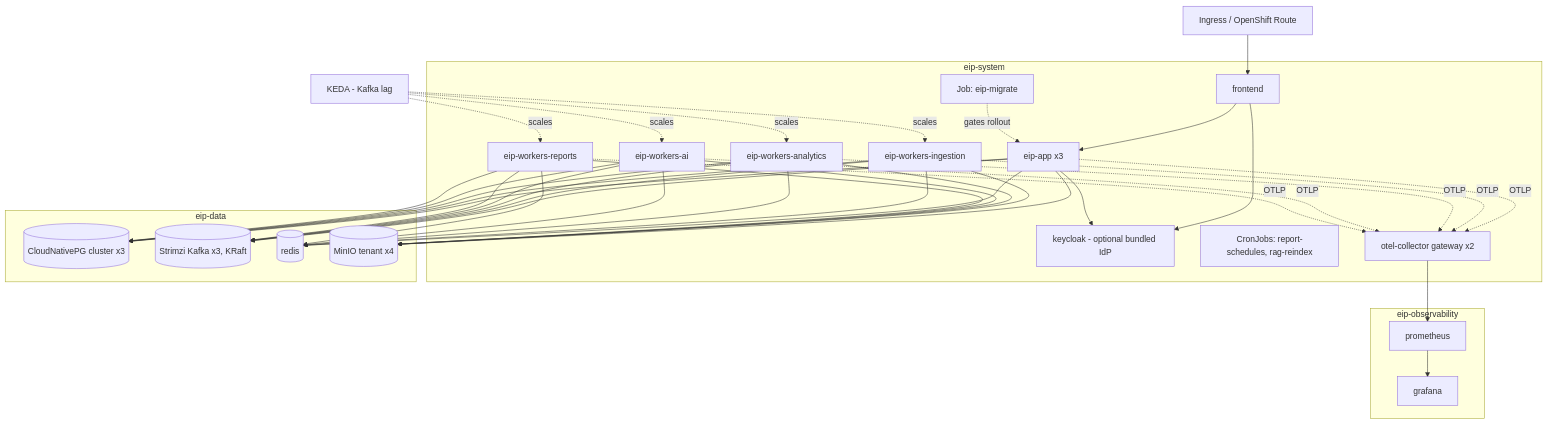
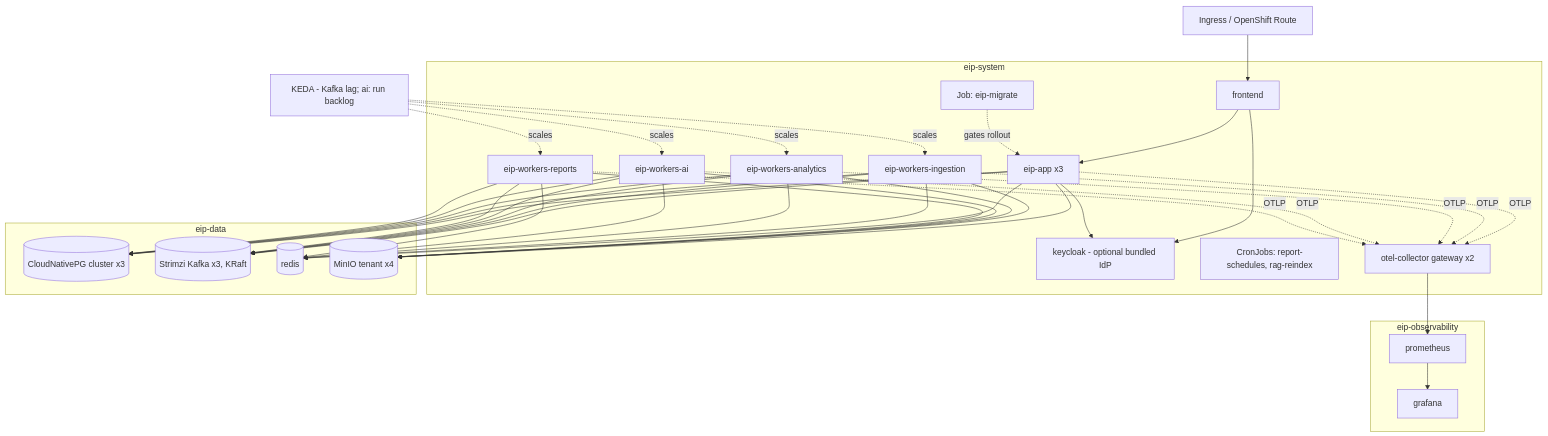
One commit to aliemrahpekesen/eKingProducitivtyMeter changed the diagram in docs/infrastructure/KubernetesOpenShift.md. Above: the diagram before and after it, drawn with Mermaid. The commit also changed other lines of this file and 81 other files, not shown here.

````diff
--- a/docs/infrastructure/KubernetesOpenShift.md
+++ b/docs/infrastructure/KubernetesOpenShift.md
@@ -40,28 +40,28 @@
 ```mermaid
 flowchart TB
   ING[Ingress / OpenShift Route] --> FE[frontend]
   subgraph sys [eip-system]
     FE --> APP[eip-app x3]
     FE --> KC[keycloak - optional bundled IdP]
     APP --> KC
     WI[eip-workers-ingestion]
     WA[eip-workers-analytics]
     WAI[eip-workers-ai]
     WR[eip-workers-reports]
     MIG[Job: eip-migrate] -.gates rollout.-> APP
     CRON[CronJobs: report-schedules, rag-reindex]
     OC[otel-collector gateway x2]
   end
   subgraph data [eip-data]
     PG[(CloudNativePG cluster x3)]
     KF[(Strimzi Kafka x3, KRaft)]
     RD[(redis)]
     MO[(MinIO tenant x4)]
   end
   subgraph obs [eip-observability]
     PR[prometheus] --> GF[grafana]
   end
   APP & WI & WA & WAI & WR --> PG & KF & RD & MO
   APP & WI & WA & WAI & WR -. OTLP .-> OC --> PR
-  KEDA[KEDA - Kafka lag] -.scales.-> WI & WA & WAI & WR
+  KEDA[KEDA - Kafka lag; ai: run backlog] -.scales.-> WI & WA & WAI & WR
 ```
````
